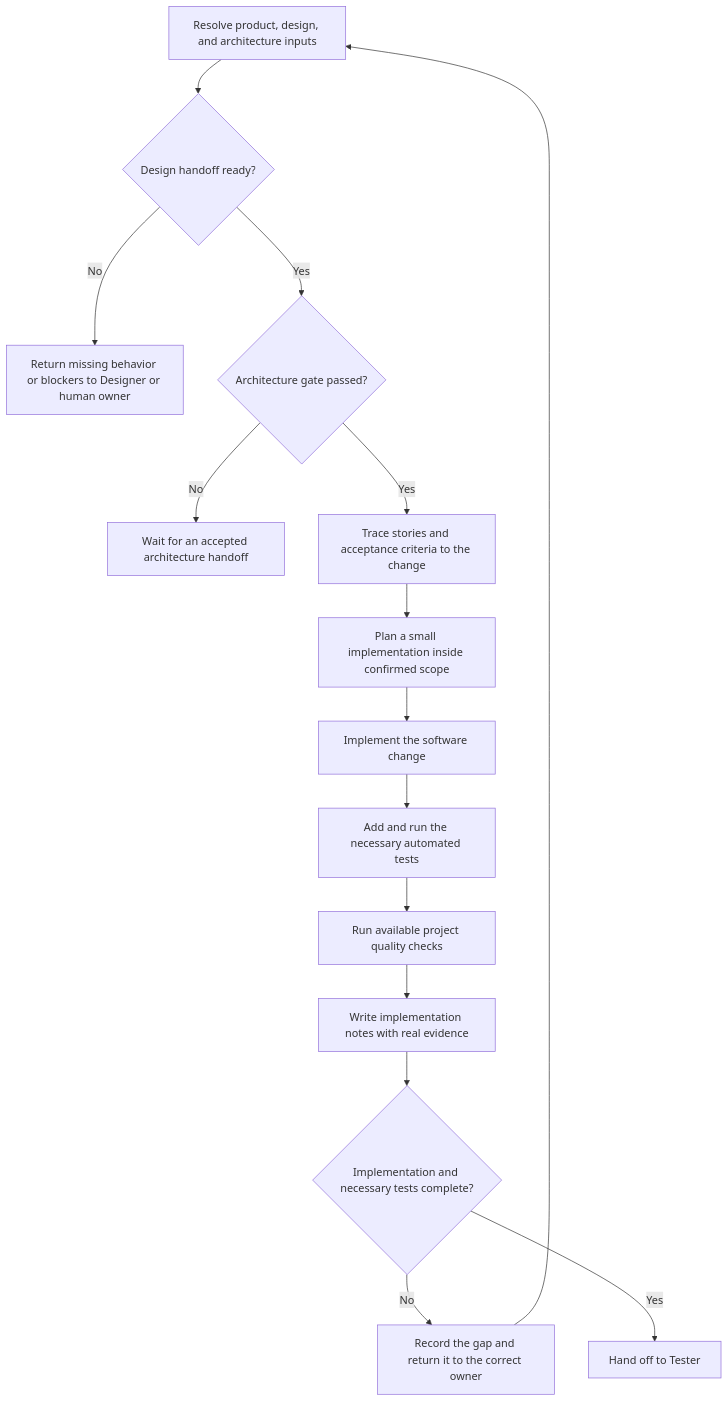
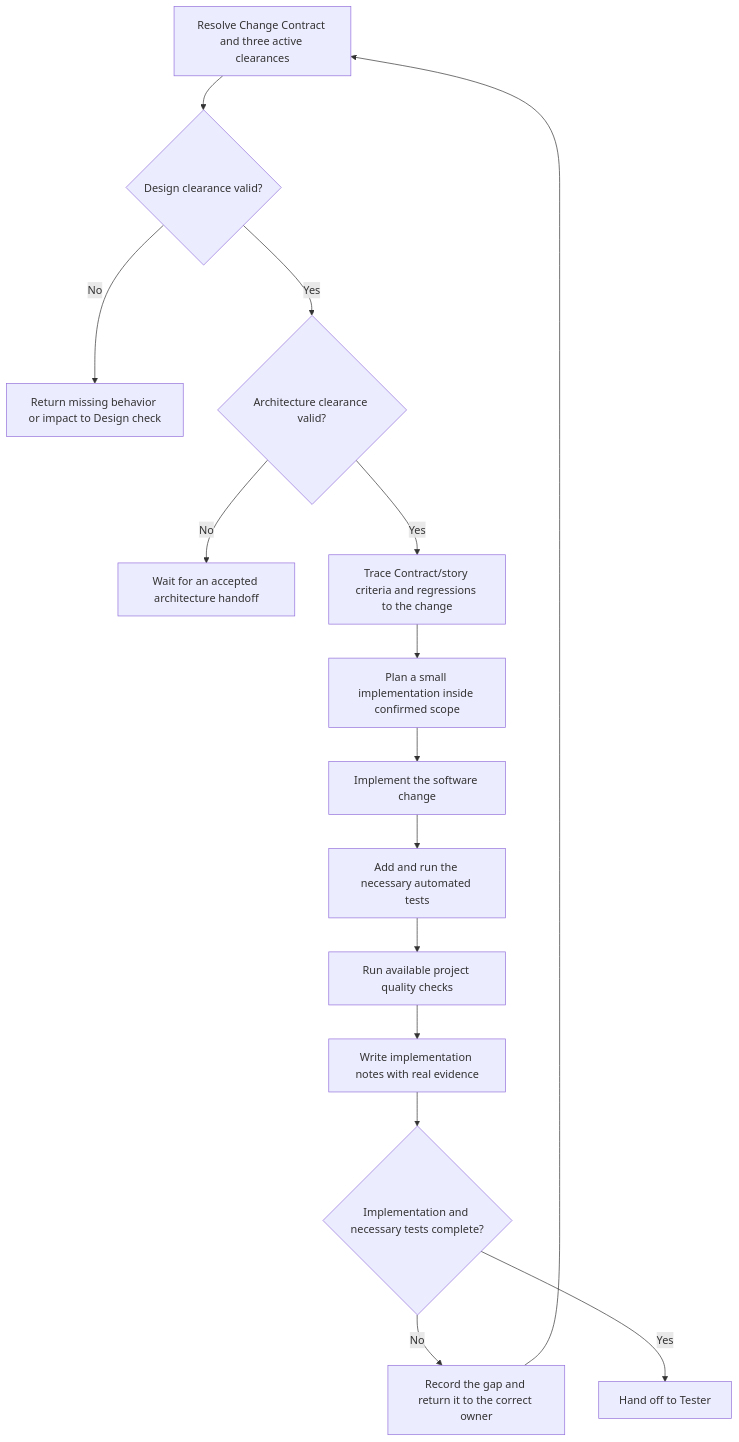
One commit to davych/agents-instruction changed the diagram in guidelines/roles/software-engineer/README.md. Above: the diagram before and after it, drawn with Mermaid. The commit also changed other lines of this file and 87 other files, not shown here.

Commit message:
Add change-aware SDLC routing and architecture rules (#2)

````diff
--- a/guidelines/roles/software-engineer/README.md
+++ b/guidelines/roles/software-engineer/README.md
@@ -57,17 +52,17 @@
 ```mermaid
 flowchart TD
-  Inputs["Resolve product, design, and architecture inputs"] --> Design{"Design handoff ready?"}
-  Design -->|"No"| ReturnDesign["Return missing behavior or blockers to Designer or human owner"]
-  Design -->|"Yes"| Architecture{"Architecture gate passed?"}
+  Inputs["Resolve Change Contract and three active clearances"] --> Design{"Design clearance valid?"}
+  Design -->|"No"| ReturnDesign["Return missing behavior or impact to Design check"]
+  Design -->|"Yes"| Architecture{"Architecture clearance valid?"}
   Architecture -->|"No"| Wait["Wait for an accepted architecture handoff"]
-  Architecture -->|"Yes"| Trace["Trace stories and acceptance criteria to the change"]
+  Architecture -->|"Yes"| Trace["Trace Contract/story criteria and regressions to the change"]
   Trace --> Plan["Plan a small implementation inside confirmed scope"]
   Plan --> Implement["Implement the software change"]
   Implement --> Tests["Add and run the necessary automated tests"]
   Tests --> Checks["Run available project quality checks"]
   Checks --> Notes["Write implementation notes with real evidence"]
   Notes --> Gate{"Implementation and necessary tests complete?"}
   Gate -->|"No"| Gap["Record the gap and return it to the correct owner"]
   Gap --> Inputs
   Gate -->|"Yes"| Handoff["Hand off to Tester"]
 ```
````
